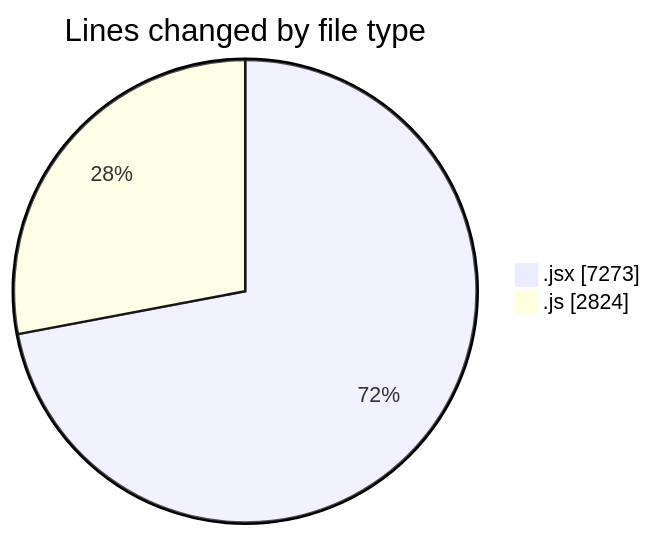
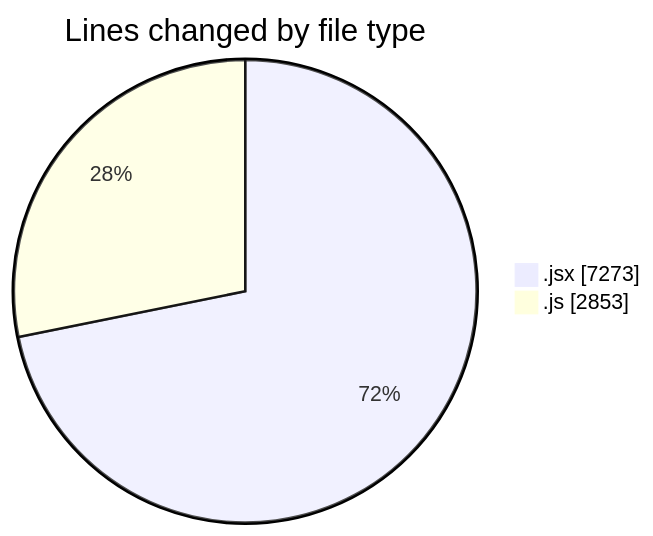
The first of 2 diagrams in 2025-12-11/nxtqube_webapp/README.md (nxtqubesakshisongat/code-tracking), drawn with Mermaid before and after one commit. The commit also changed other lines of this file and 1 other file, not shown here.

````diff
--- a/2025-12-11/nxtqube_webapp/README.md
+++ b/2025-12-11/nxtqube_webapp/README.md
@@ -33,6 +33,6 @@
 ```mermaid
 pie showData
 title Lines changed by file type
 ".jsx" : 7273
-".js" : 2824
+".js" : 2853
 ```
````
